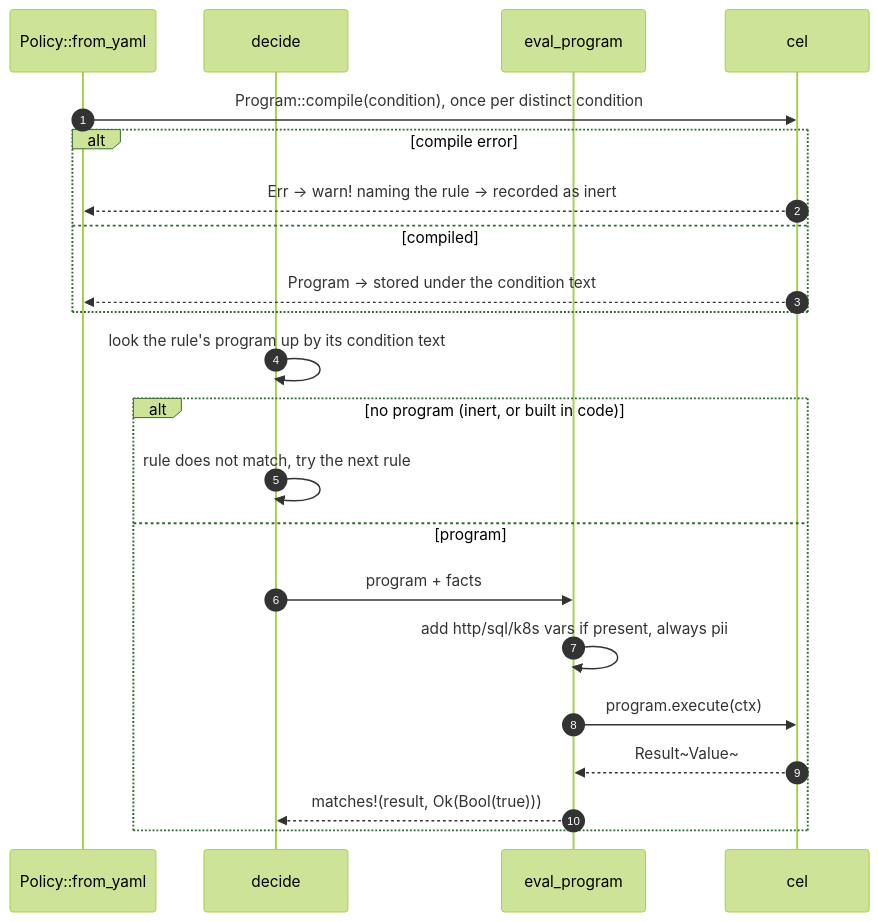
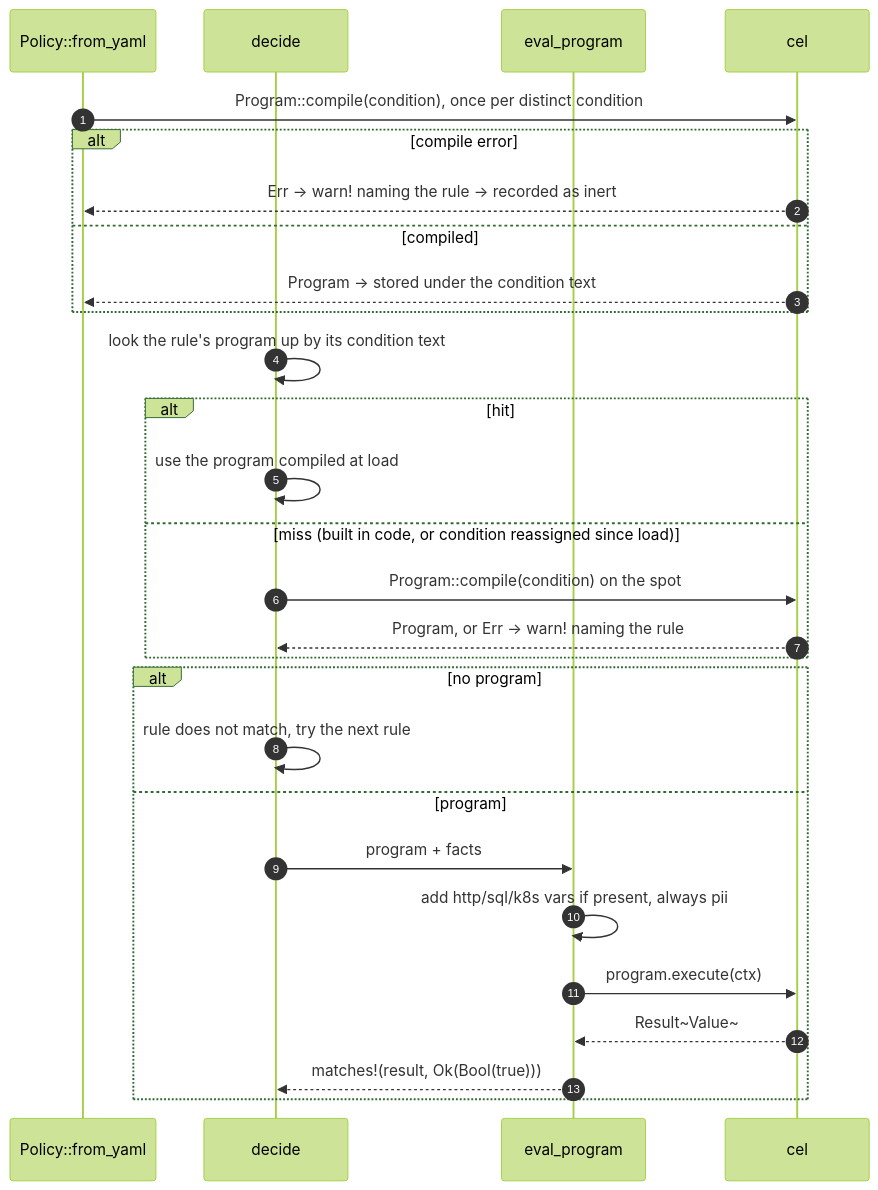
Before and after one commit to pleaseai/honmoon: the third of 3 diagrams in wiki/deep-dive/policy-engine.md, drawn with Mermaid (forest theme). The commit also changed other lines of this file and 8 other files, not shown here.

````diff
--- a/wiki/deep-dive/policy-engine.md
+++ b/wiki/deep-dive/policy-engine.md
@@ -154,24 +154,30 @@
 ```mermaid
 sequenceDiagram
   autonumber
   participant L as Policy::from_yaml
   participant D as decide
   participant EP as eval_program
   participant CEL as cel
   L->>CEL: Program::compile(condition), once per distinct condition
   alt compile error
     CEL-->>L: Err → warn! naming the rule → recorded as inert
   else compiled
     CEL-->>L: Program → stored under the condition text
   end
   D->>D: look the rule's program up by its condition text
-  alt no program (inert, or built in code)
+  alt hit
+    D->>D: use the program compiled at load
+  else miss (built in code, or condition reassigned since load)
+    D->>CEL: Program::compile(condition) on the spot
+    CEL-->>D: Program, or Err → warn! naming the rule
+  end
+  alt no program
     D->>D: rule does not match, try the next rule
   else program
     D->>EP: program + facts
     EP->>EP: add http/sql/k8s vars if present, always pii
     EP->>CEL: program.execute(ctx)
     CEL-->>EP: Result~Value~
     EP-->>D: matches!(result, Ok(Bool(true)))
   end
 ```
````
